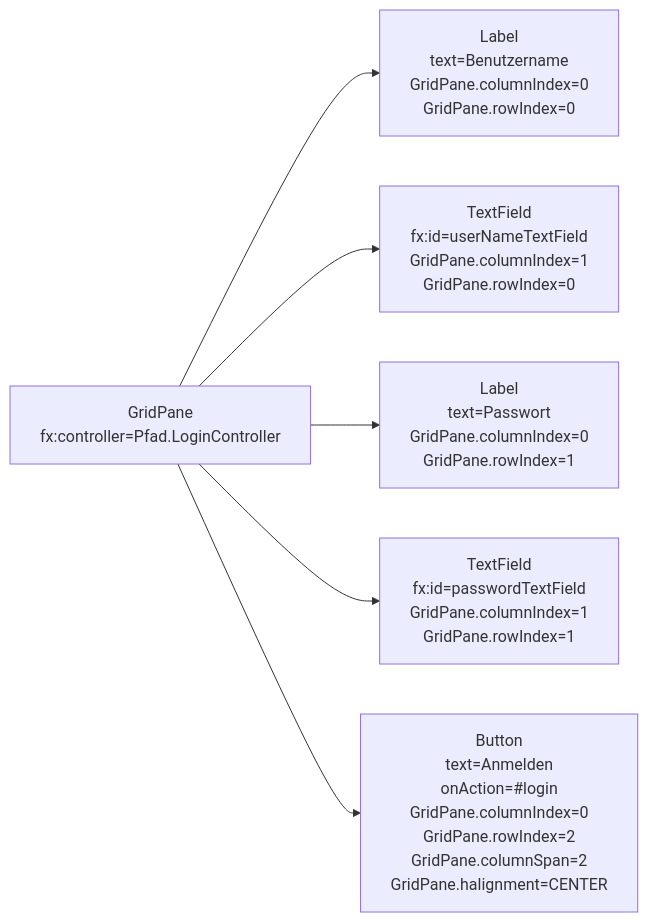
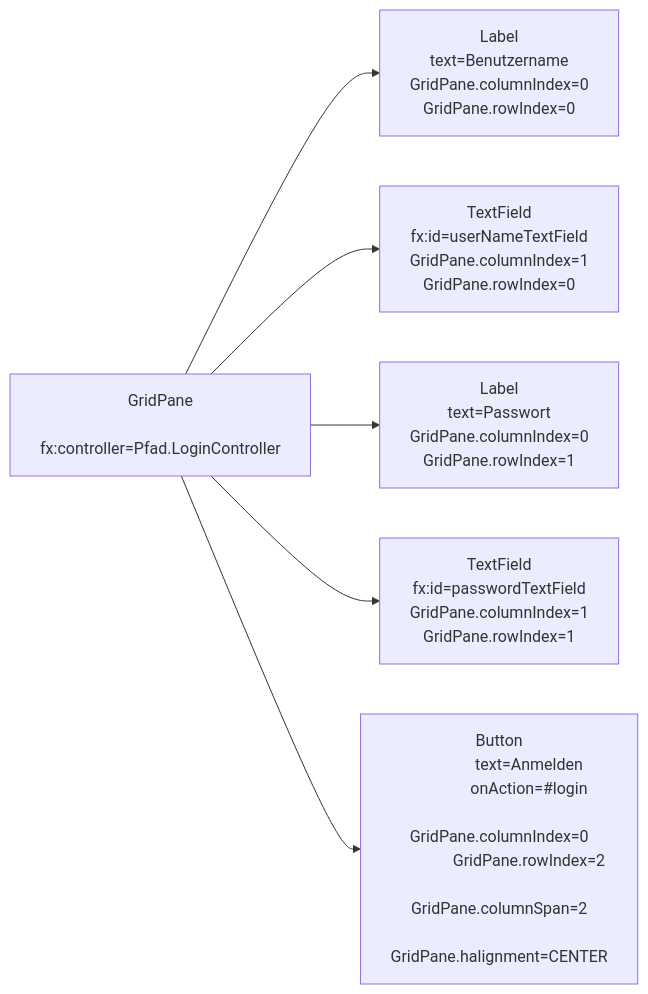
Before and after one commit to jappuccini/java-docs: the second of 3 diagrams in docs/exercises/javafx/javafx06.md, drawn with Mermaid. The commit also changed other lines of this file and 64 other files, not shown here.

````diff
--- a/docs/exercises/javafx/javafx06.md
+++ b/docs/exercises/javafx/javafx06.md
@@ -59,15 +59,34 @@
 ```mermaid
 flowchart LR
-	gridpane[GridPane\nfx:controller=Pfad.LoginController]
-	label1[Label\ntext=Benutzername\nGridPane.columnIndex=0\nGridPane.rowIndex=0]
-	label2[Label\ntext=Passwort\nGridPane.columnIndex=0\nGridPane.rowIndex=1]
-	textfield1[TextField\nfx:id=userNameTextField\nGridPane.columnIndex=1\nGridPane.rowIndex=0]
-	textfield2[TextField\nfx:id=passwordTextField\nGridPane.columnIndex=1\nGridPane.rowIndex=1]
-	button[Button\ntext=Anmelden\nonAction=#login\nGridPane.columnIndex=0\nGridPane.rowIndex=2\nGridPane.columnSpan=2\nGridPane.halignment=CENTER]
+	gridpane[GridPane
+	         fx:controller=Pfad.LoginController]
+	label1[Label
+	       text=Benutzername
+	       GridPane.columnIndex=0
+	       GridPane.rowIndex=0]
+	label2[Label
+	       text=Passwort
+	       GridPane.columnIndex=0
+	       GridPane.rowIndex=1]
+	textfield1[TextField
+	           fx:id=userNameTextField
+	           GridPane.columnIndex=1
+	           GridPane.rowIndex=0]
+	textfield2[TextField
+	           fx:id=passwordTextField
+	           GridPane.columnIndex=1
+	           GridPane.rowIndex=1]
+	button[Button
+	       text=Anmelden
+	       onAction=#login
+	       GridPane.columnIndex=0
+	       GridPane.rowIndex=2
+	       GridPane.columnSpan=2
+	       GridPane.halignment=CENTER]
 
     gridpane --> label1
     gridpane --> textfield1
     gridpane --> label2
     gridpane --> textfield2
     gridpane --> button
 ```
````
